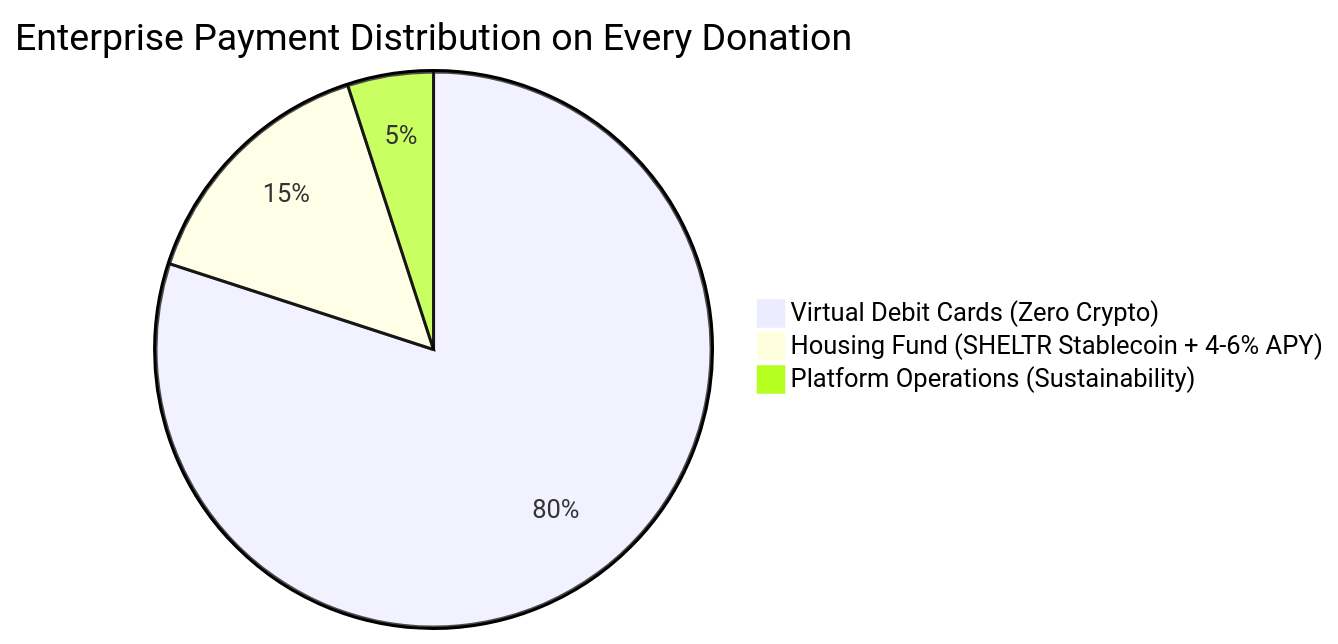
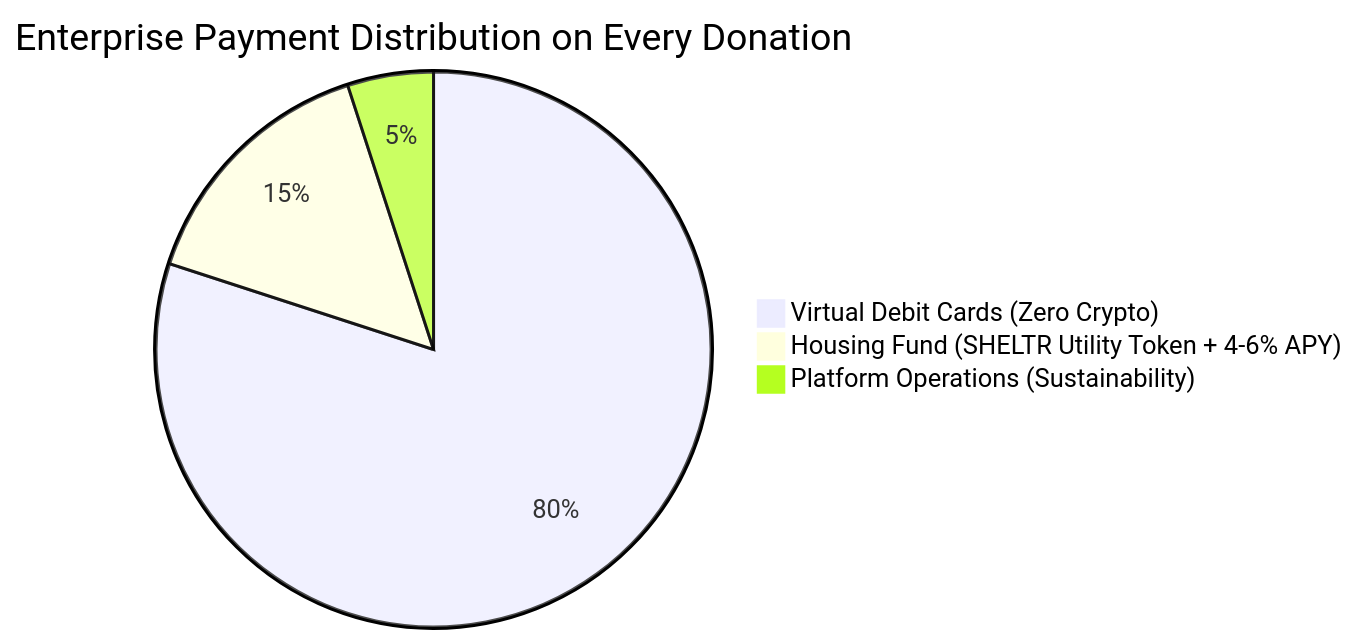
Before and after one commit to mrj0nesmtl/sheltr-ai: the second of 2 diagrams in docs/architecture/platform/system-design.md, drawn with Mermaid. The commit also changed other lines of this file and 1 other file, not shown here.

First line of the commit message:
docs: update architecture docs with Shelter Ledger dual-purpose token

````diff
--- a/docs/architecture/platform/system-design.md
+++ b/docs/architecture/platform/system-design.md
@@ -378,6 +395,6 @@
 ```mermaid
 pie title Enterprise Payment Distribution on Every Donation
     "Virtual Debit Cards (Zero Crypto)" : 80
-    "Housing Fund (SHELTR Stablecoin + 4-6% APY)" : 15
+    "Housing Fund (SHELTR Utility Token + 4-6% APY)" : 15
     "Platform Operations (Sustainability)" : 5
 ```
````
